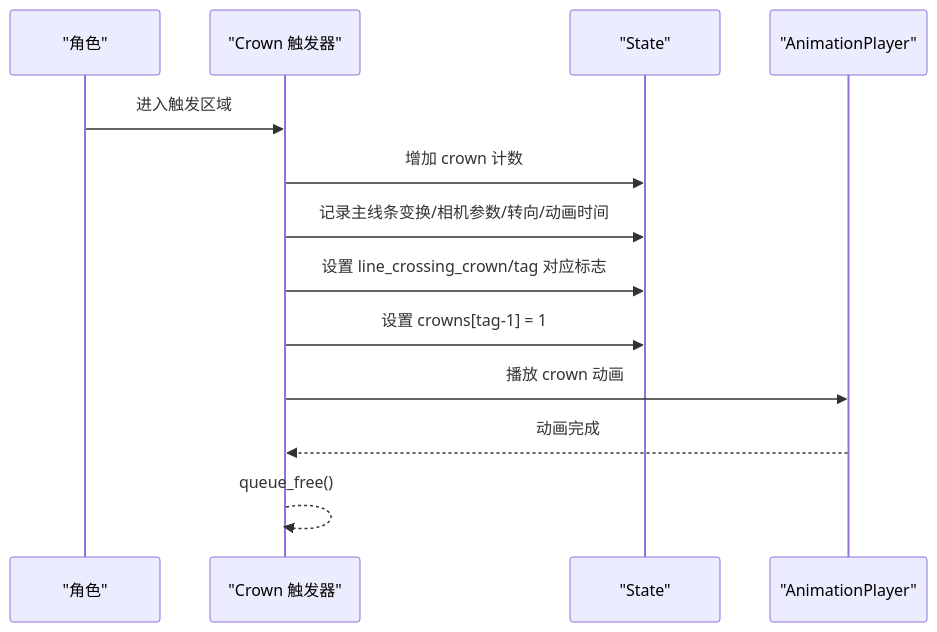
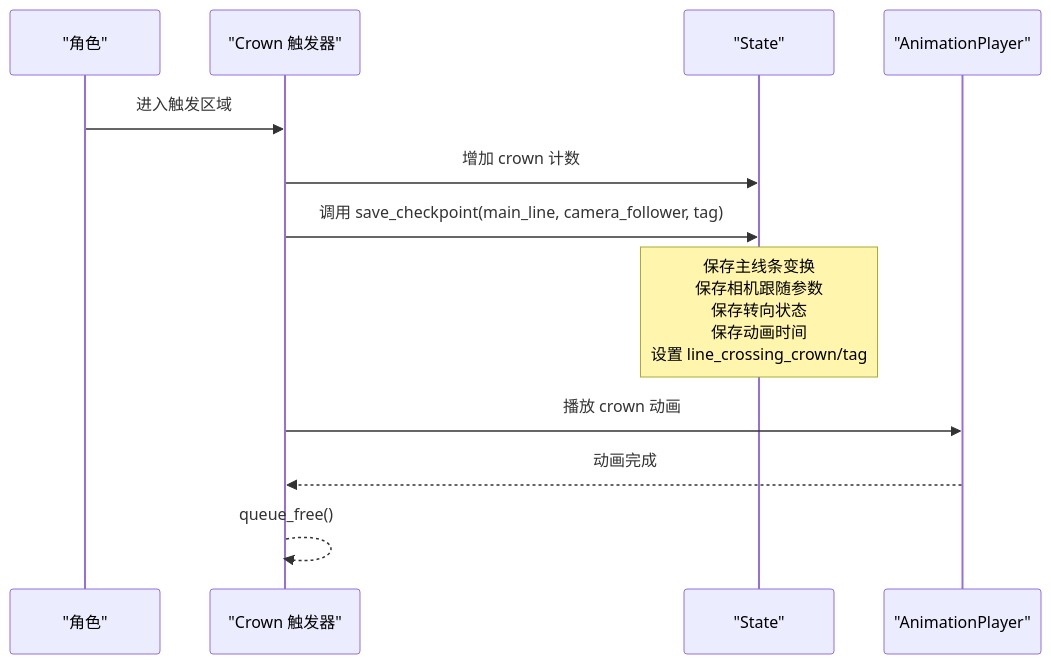
One commit to godotline/godot-line changed the fifth of 9 diagrams in .qoder/repowiki/zh/content/游戏系统/触发器系统/触发器系统.md. Above: the diagram before and after it, drawn with Mermaid. The commit also changed other lines of this file and 687 other files, not shown here.

````diff
--- a/.qoder/repowiki/zh/content/游戏系统/触发器系统/触发器系统.md
+++ b/.qoder/repowiki/zh/content/游戏系统/触发器系统/触发器系统.md
@@ -290,15 +292,14 @@
 ```mermaid
 sequenceDiagram
 participant Player as "角色"
 participant Crown as "Crown 触发器"
 participant State as "State"
 participant Anim as "AnimationPlayer"
 Player->>Crown : 进入触发区域
 Crown->>State : 增加 crown 计数
-Crown->>State : 记录主线条变换/相机参数/转向/动画时间
-Crown->>State : 设置 line_crossing_crown/tag 对应标志
-Crown->>State : 设置 crowns[tag-1] = 1
+Crown->>State : 调用 save_checkpoint(main_line, camera_follower, tag)
+Note over State : 保存主线条变换<br/>保存相机跟随参数<br/>保存转向状态<br/>保存动画时间<br/>设置 line_crossing_crown/tag
 Crown->>Anim : 播放 crown 动画
 Anim-->>Crown : 动画完成
 Crown-->>Crown : queue_free()
 ```
````
